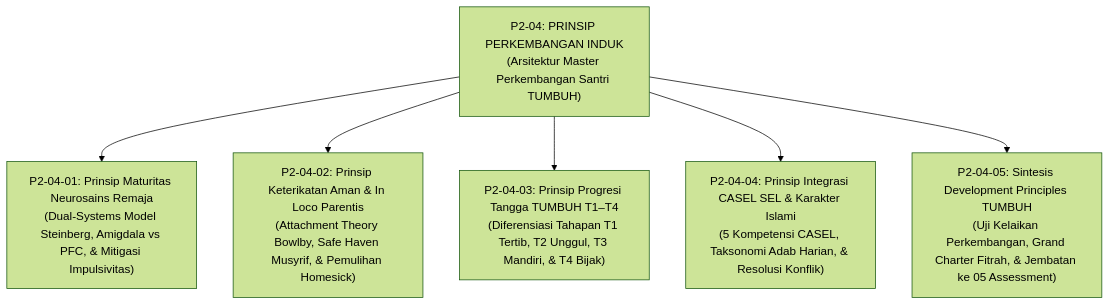
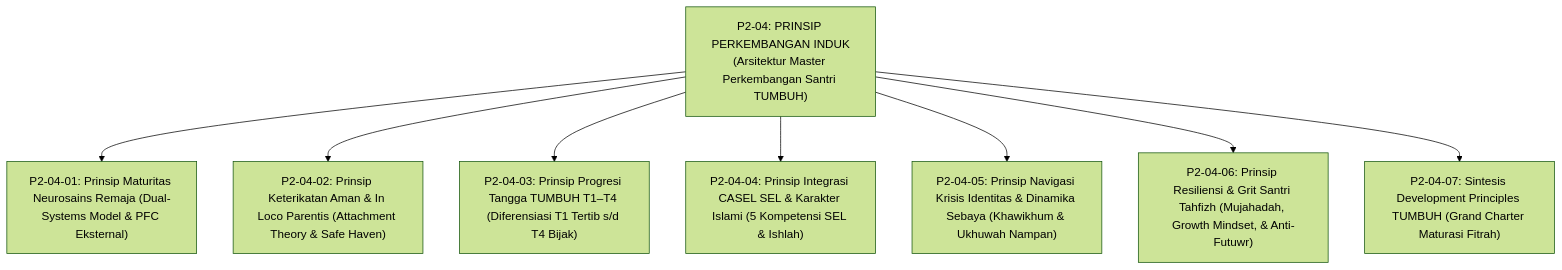
Before and after one commit to wandiapriliyandi/tumbuh: the second of 3 diagrams in 02 Principles/04 Development Principles/P2-04-Prinsip-Perkembangan-Santri-TUMBUH.md, drawn with Mermaid (forest theme). The commit also changed other lines of this file and 32 other files, not shown here.

````diff
--- a/02 Principles/04 Development Principles/P2-04-Prinsip-Perkembangan-Santri-TUMBUH.md
+++ b/02 Principles/04 Development Principles/P2-04-Prinsip-Perkembangan-Santri-TUMBUH.md
@@ -68,10 +68,12 @@
 ```mermaid
 graph TD
     Master["P2-04: PRINSIP PERKEMBANGAN INDUK<br/>(Arsitektur Master Perkembangan Santri TUMBUH)"]
     
-    Master --> M1["P2-04-01: Prinsip Maturitas Neurosains Remaja<br/>(Dual-Systems Model Steinberg, Amigdala vs PFC, & Mitigasi Impulsivitas)"]
-    Master --> M2["P2-04-02: Prinsip Keterikatan Aman & In Loco Parentis<br/>(Attachment Theory Bowlby, Safe Haven Musyrif, & Pemulihan Homesick)"]
-    Master --> M3["P2-04-03: Prinsip Progresi Tangga TUMBUH T1–T4<br/>(Diferensiasi Tahapan T1 Tertib, T2 Unggul, T3 Mandiri, & T4 Bijak)"]
-    Master --> M4["P2-04-04: Prinsip Integrasi CASEL SEL & Karakter Islami<br/>(5 Kompetensi CASEL, Taksonomi Adab Harian, & Resolusi Konflik)"]
-    Master --> M5["P2-04-05: Sintesis Development Principles TUMBUH<br/>(Uji Kelaikan Perkembangan, Grand Charter Fitrah, & Jembatan ke 05 Assessment)"]
+    Master --> M1["P2-04-01: Prinsip Maturitas Neurosains Remaja (Dual-Systems Model & PFC Eksternal)"]
+    Master --> M2["P2-04-02: Prinsip Keterikatan Aman & In Loco Parentis (Attachment Theory & Safe Haven)"]
+    Master --> M3["P2-04-03: Prinsip Progresi Tangga TUMBUH T1–T4 (Diferensiasi T1 Tertib s/d T4 Bijak)"]
+    Master --> M4["P2-04-04: Prinsip Integrasi CASEL SEL & Karakter Islami (5 Kompetensi SEL & Ishlah)"]
+    Master --> M5["P2-04-05: Prinsip Navigasi Krisis Identitas & Dinamika Sebaya (Khawikhum & Ukhuwah Nampan)"]
+    Master --> M6["P2-04-06: Prinsip Resiliensi & Grit Santri Tahfizh (Mujahadah, Growth Mindset, & Anti-Futuwr)"]
+    Master --> M7["P2-04-07: Sintesis Development Principles TUMBUH (Grand Charter Maturasi Fitrah)"]
 ```
````
